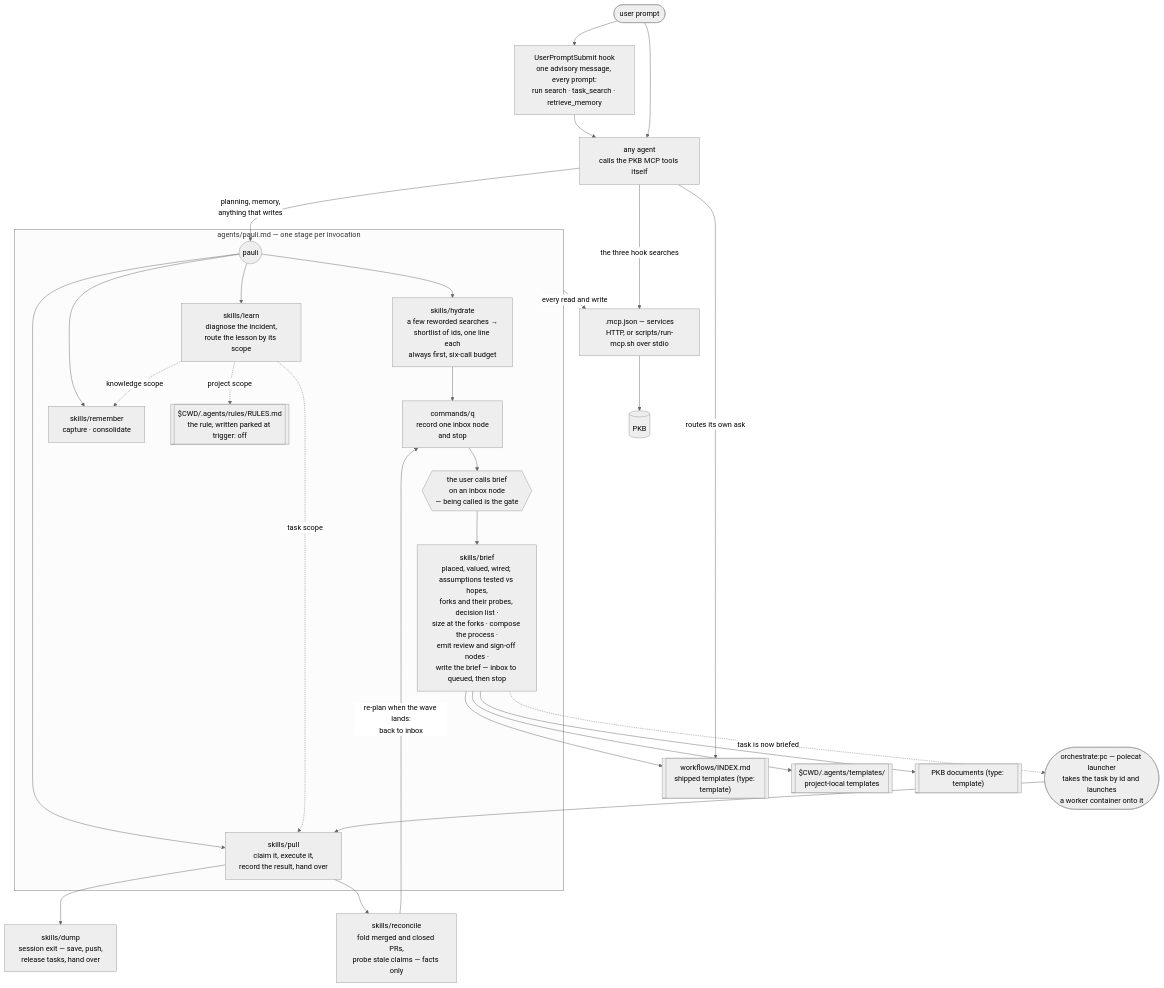
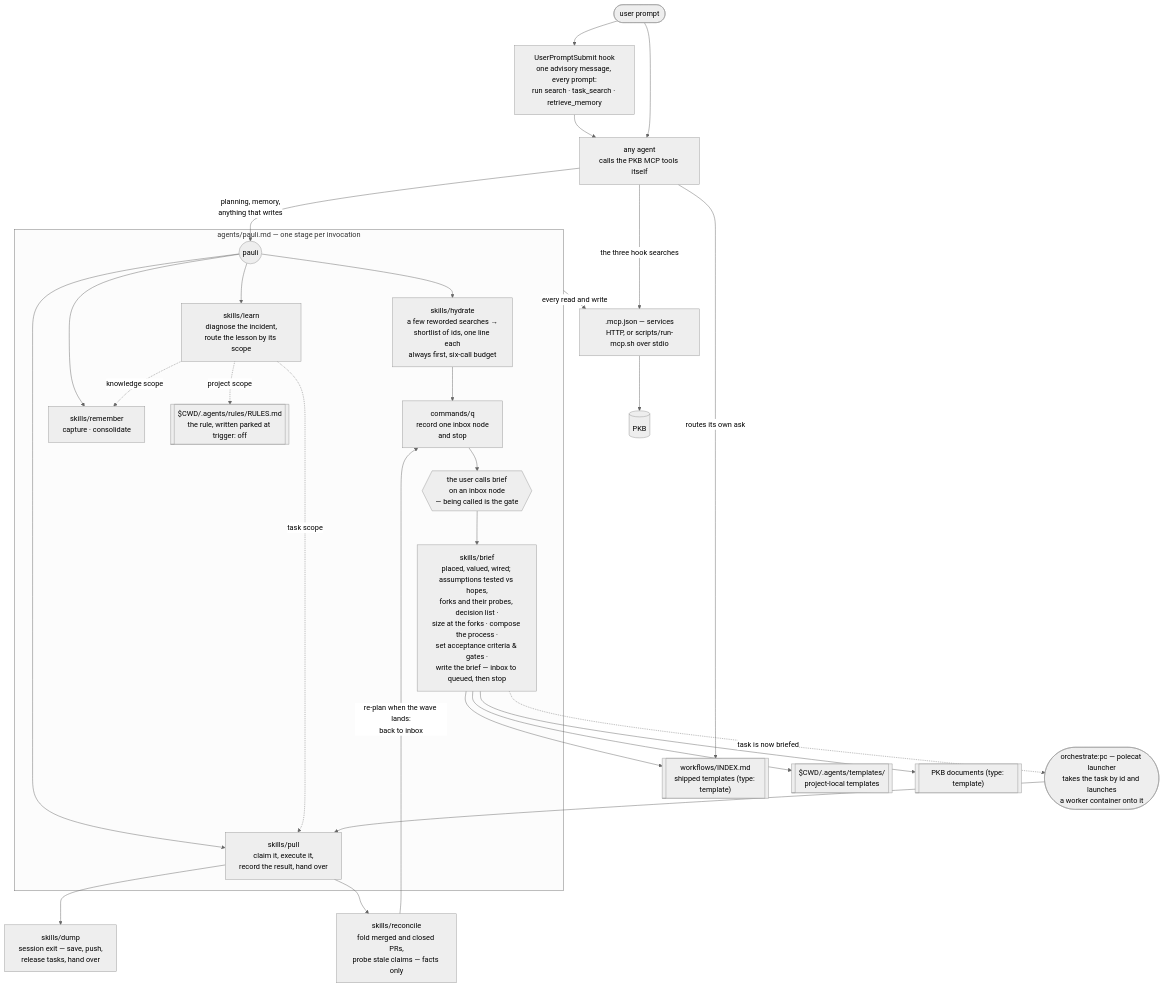
The diagram in plugins/aops-core/README.md (nicsuzor/academicOps), drawn with Mermaid (neutral theme) before and after one commit. The commit also changed other lines of this file and 9 other files, not shown here.

First line of the commit message:
fix(brief): remove instructions to emit speculative review and sign-off nodes

````diff
--- a/plugins/aops-core/README.md
+++ b/plugins/aops-core/README.md
@@ -8,44 +8,44 @@
 ```mermaid
 flowchart TD
     prompt([user prompt]) --> hook
 
     hook["UserPromptSubmit hook<br/>one advisory message, every prompt:<br/>run search · task_search · retrieve_memory"]
     hook --> agent
     prompt --> agent["any agent<br/>calls the PKB MCP tools itself"]
 
     agent -- "planning, memory,<br/>anything that writes" --> pauli
 
     subgraph pkbwrite["agents/pauli.md — one stage per invocation"]
         pauli(("pauli"))
         pauli --> hydrate["skills/hydrate<br/>a few reworded searches →<br/>shortlist of ids, one line each<br/>always first, six-call budget"]
 
         hydrate --> capture["commands/q<br/>record one inbox node<br/>and stop"]
         capture --> gate{{"the user calls brief<br/>on an inbox node<br/>— being called is the gate"}}
-        gate --> brief["skills/brief<br/>placed, valued, wired; assumptions tested vs hopes,<br/>forks and their probes, decision list ·<br/>size at the forks · compose the process ·<br/>emit review and sign-off nodes ·<br/>write the brief — inbox to queued, then stop"]
+        gate --> brief["skills/brief<br/>placed, valued, wired; assumptions tested vs hopes,<br/>forks and their probes, decision list ·<br/>size at the forks · compose the process ·<br/>set acceptance criteria & gates ·<br/>write the brief — inbox to queued, then stop"]
 
         pauli --> pull["skills/pull<br/>claim it, execute it,<br/>record the result, hand over"]
         pauli --> remember["skills/remember<br/>capture · consolidate"]
         pauli --> learn["skills/learn<br/>diagnose the incident,<br/>route the lesson by its scope"]
 
         learn -. knowledge scope .-> remember
         learn -. project scope .-> rules[["$CWD/.agents/rules/RULES.md<br/>the rule, written parked at trigger: off"]]
         learn -. task scope .-> pull
     end
 
     pull --> dump["skills/dump<br/>session exit — save, push,<br/>release tasks, hand over"]
     pull --> reconcile["skills/reconcile<br/>fold merged and closed PRs,<br/>probe stale claims — facts only"]
     reconcile -- "re-plan when the wave lands:<br/>back to inbox" --> capture
 
     brief --> library[["workflows/INDEX.md<br/>shipped templates (type: template)"]]
     brief --> userlayer[["$CWD/.agents/templates/<br/>project-local templates"]]
     brief --> wftemplates[["PKB documents (type: template)"]]
     agent -- "routes its own ask" --> library
 
     pkbwrite -- "every read and write" --> mcp
     agent -- "the three hook searches" --> mcp
 
     mcp[".mcp.json — services<br/>HTTP, or scripts/run-mcp.sh over stdio"] --> pkbstore[(PKB)]
 
     brief -. "task is now briefed" .-> dispatch(["orchestrate:pc — polecat launcher<br/>takes the task by id and launches<br/>a worker container onto it"])
     dispatch --> pull
 ```
````
